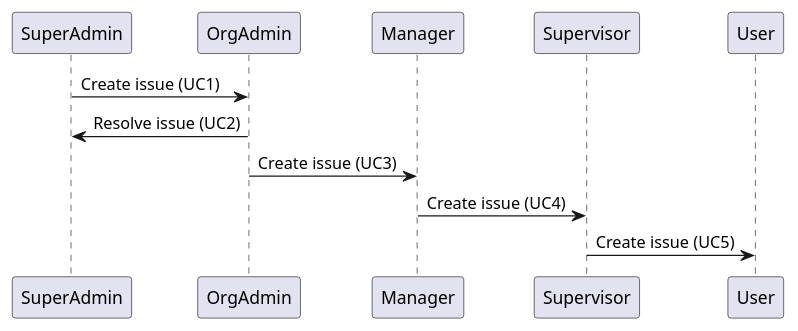
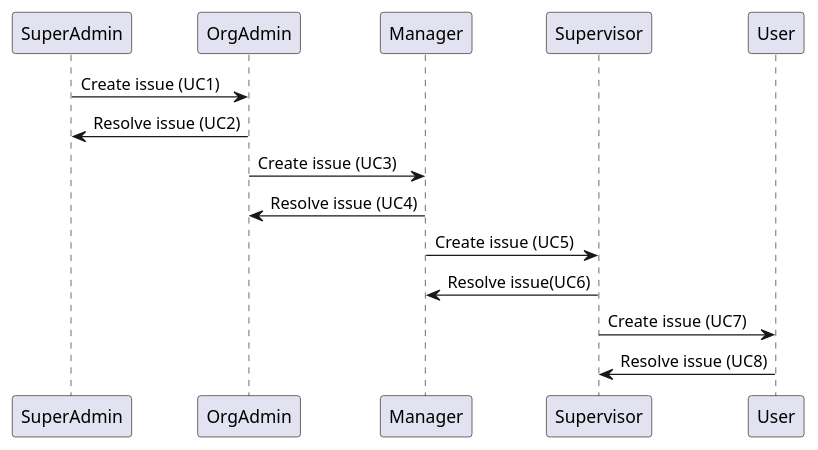
The diagram in documentation/issue management/all_issue_management_use_cases.wsd (wawerualbert/CodeHub), drawn with PlantUML before and after one commit. The commit also changed 3 other files, not shown here.

```diff
--- a/documentation/issue management/all_issue_management_use_cases.wsd
+++ b/documentation/issue management/all_issue_management_use_cases.wsd
@@ -1,11 +1,16 @@
 @startuml All Use Cases Issue Management
 
 participant "SuperAdmin" as SuperAdmin
 SuperAdmin -> OrgAdmin:Create issue (UC1)
 OrgAdmin -> SuperAdmin:Resolve issue (UC2)
 
 OrgAdmin -> Manager:Create issue (UC3)
-Manager -> Supervisor:Create issue (UC4)
-Supervisor -> User:Create issue (UC5)
+Manager -> OrgAdmin:Resolve issue (UC4)
+
+Manager -> Supervisor:Create issue (UC5)
+Supervisor -> Manager:Resolve issue(UC6)
+
+Supervisor -> User:Create issue (UC7)
+User -> Supervisor:Resolve issue (UC8)
 
 @enduml
```
